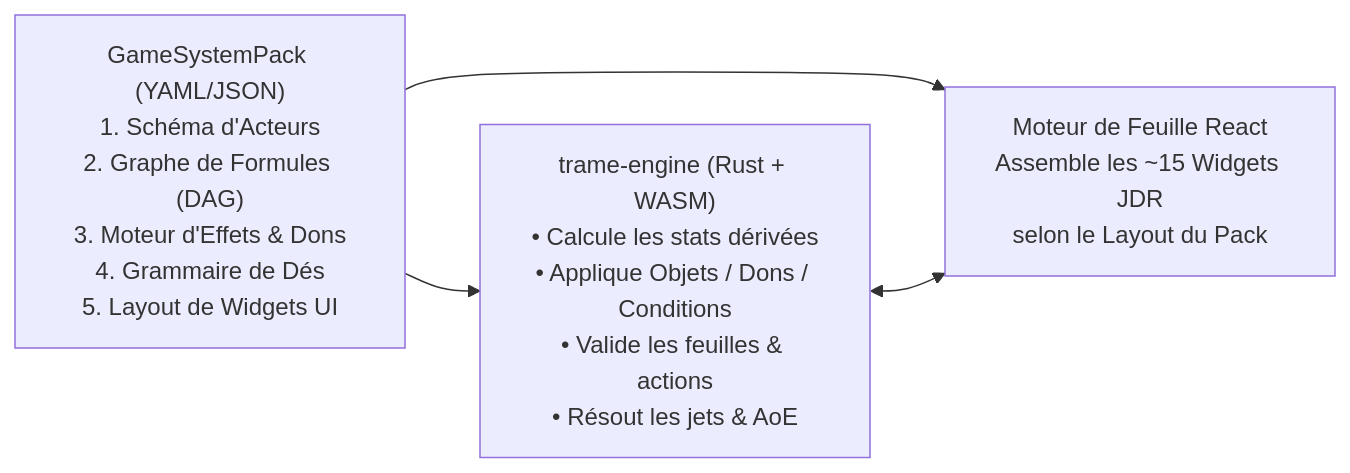
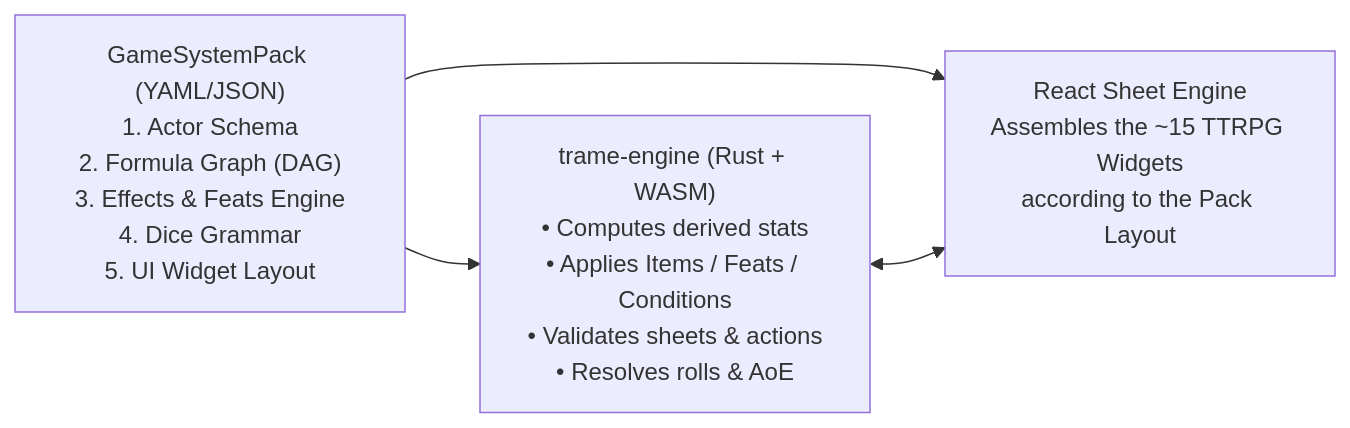
Before and after one commit to Hartorn-Inc/trame: the diagram in docs/specs/02-GAME-ENGINE-AND-DND5E.md, drawn with Mermaid. The commit also changed other lines of this file and 29 other files, not shown here.

Commit message:
docs: translate all specs/ADRs to English and add architectural module documentation

````diff
--- a/docs/specs/02-GAME-ENGINE-AND-DND5E.md
+++ b/docs/specs/02-GAME-ENGINE-AND-DND5E.md
@@ -11,10 +11,10 @@
 ```mermaid
 graph LR
-    Pack["GameSystemPack (YAML/JSON)\n1. Schéma d'Acteurs\n2. Graphe de Formules (DAG)\n3. Moteur d'Effets & Dons\n4. Grammaire de Dés\n5. Layout de Widgets UI"]
-    Engine["trame-engine (Rust + WASM)\n• Calcule les stats dérivées\n• Applique Objets / Dons / Conditions\n• Valide les feuilles & actions\n• Résout les jets & AoE"]
-    UI["Moteur de Feuille React\nAssemble les ~15 Widgets JDR\nselon le Layout du Pack"]
+    Pack["GameSystemPack (YAML/JSON)\n1. Actor Schema\n2. Formula Graph (DAG)\n3. Effects & Feats Engine\n4. Dice Grammar\n5. UI Widget Layout"]
+    Engine["trame-engine (Rust + WASM)\n• Computes derived stats\n• Applies Items / Feats / Conditions\n• Validates sheets & actions\n• Resolves rolls & AoE"]
+    UI["React Sheet Engine\nAssembles the ~15 TTRPG Widgets\naccording to the Pack Layout"]
 
     Pack --> Engine
     Pack --> UI
     Engine <--> UI
 ```
````
